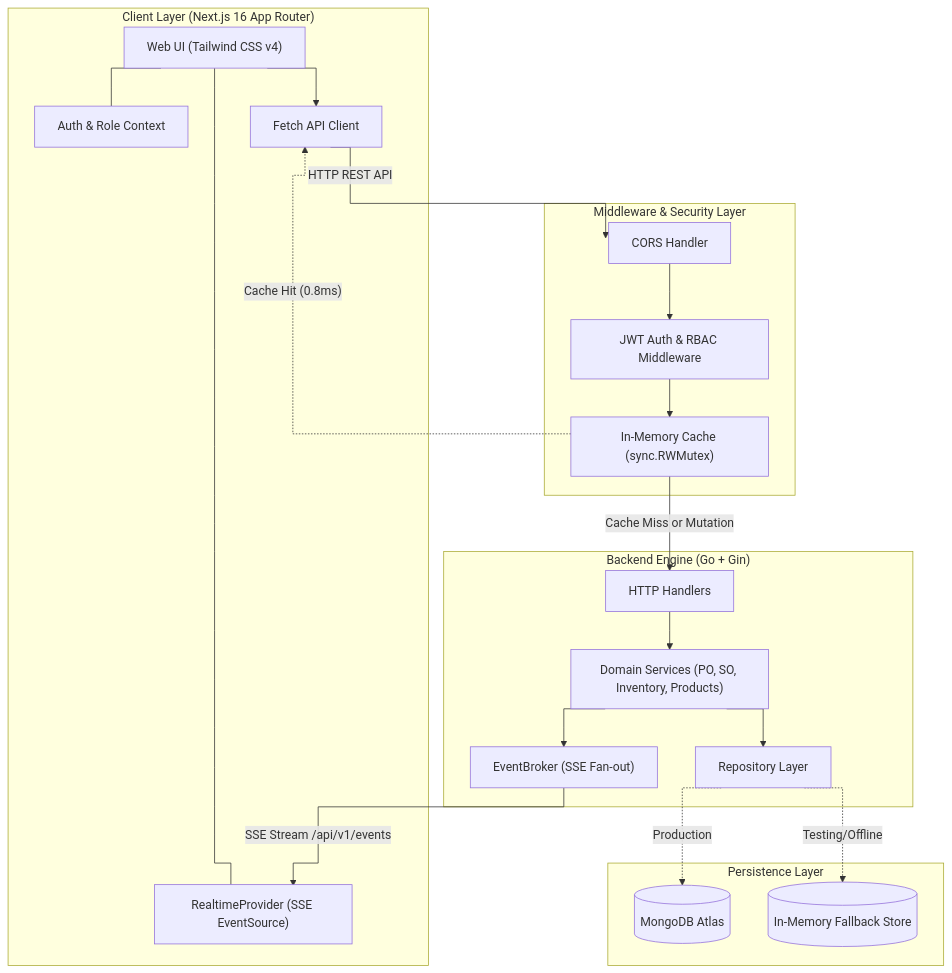
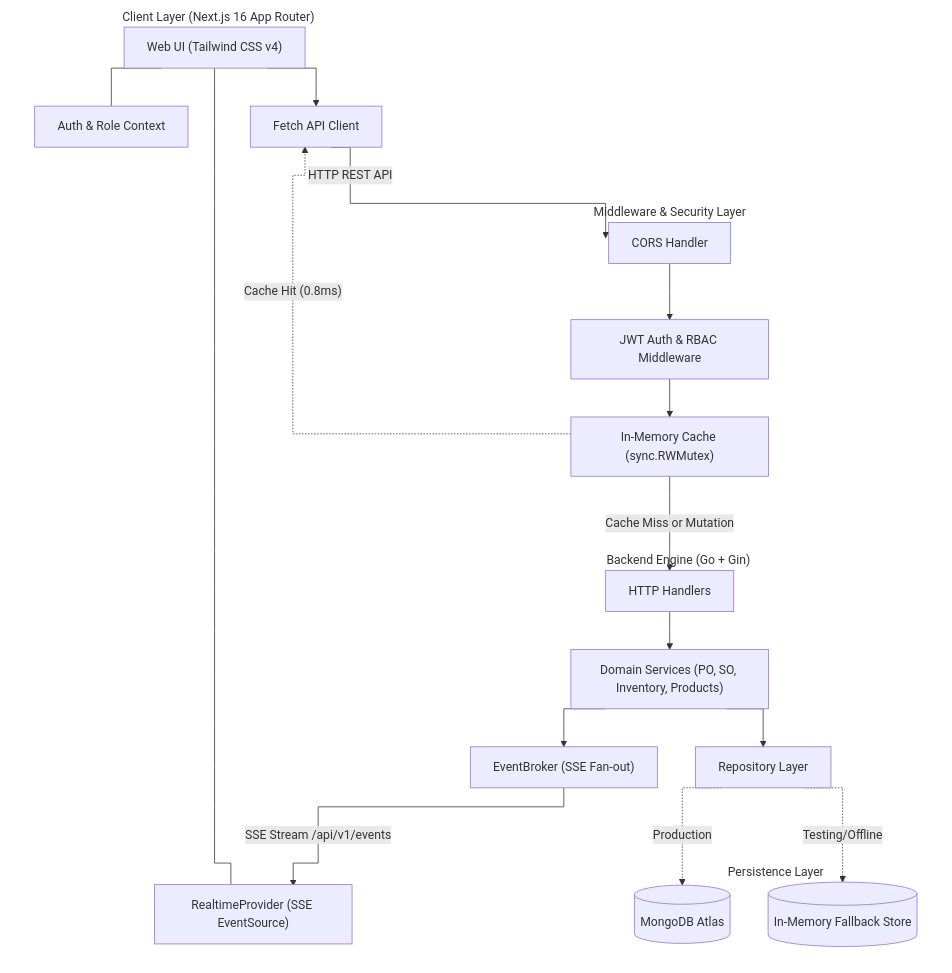
Before and after one commit to RPriago/stockFlow: the first of 3 diagrams in README.md, drawn with Mermaid. The commit also changed other lines of this file, not shown here.

````diff
--- a/README.md
+++ b/README.md
@@ -88,43 +57,48 @@
 ```mermaid
 %%{init: {"flowchart": {"curve": "stepAfter"}}}%%
 flowchart TD
     subgraph ClientLayer ["Client Layer (Next.js 16 App Router)"]
         UI["Web UI (Tailwind CSS v4)"]
         RTContext["RealtimeProvider (SSE EventSource)"]
         AuthContext["Auth & Role Context"]
         ApiClient["Fetch API Client"]
         UI --- RTContext
         UI --- AuthContext
         UI --> ApiClient
     end
 
     subgraph GatewayLayer ["Middleware & Security Layer"]
         CORS["CORS Handler"]
         AuthGuard["JWT Auth & RBAC Middleware"]
         CacheMW["In-Memory Cache (sync.RWMutex)"]
         CORS --> AuthGuard
         AuthGuard --> CacheMW
     end
 
     subgraph BackendCore ["Backend Engine (Go + Gin)"]
         Handlers["HTTP Handlers"]
         Broker["EventBroker (SSE Fan-out)"]
         Services["Domain Services (PO, SO, Inventory, Products)"]
         Repos["Repository Layer"]
         Handlers --> Services
         Services --> Repos
         Services --> Broker
     end
 
     subgraph StorageLayer ["Persistence Layer"]
         MongoDB[("MongoDB Atlas")]
         MemStore[("In-Memory Fallback Store")]
         Repos -. Production .-> MongoDB
         Repos -. Testing/Offline .-> MemStore
     end
 
     ApiClient -->|"HTTP REST API"| CORS
     Broker -->|"SSE Stream /api/v1/events"| RTContext
     CacheMW -->|"Cache Miss or Mutation"| Handlers
     CacheMW -.->|"Cache Hit (0.8ms)"| ApiClient
+
+    style ClientLayer fill:none,stroke:none
+    style GatewayLayer fill:none,stroke:none
+    style BackendCore fill:none,stroke:none
+    style StorageLayer fill:none,stroke:none
 ```
````
